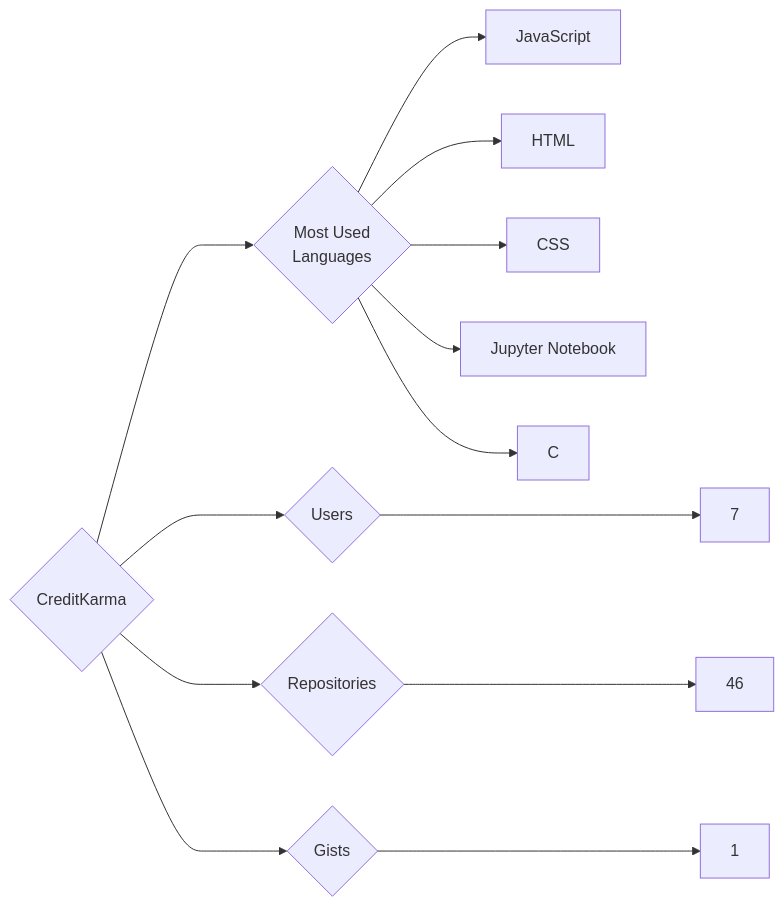
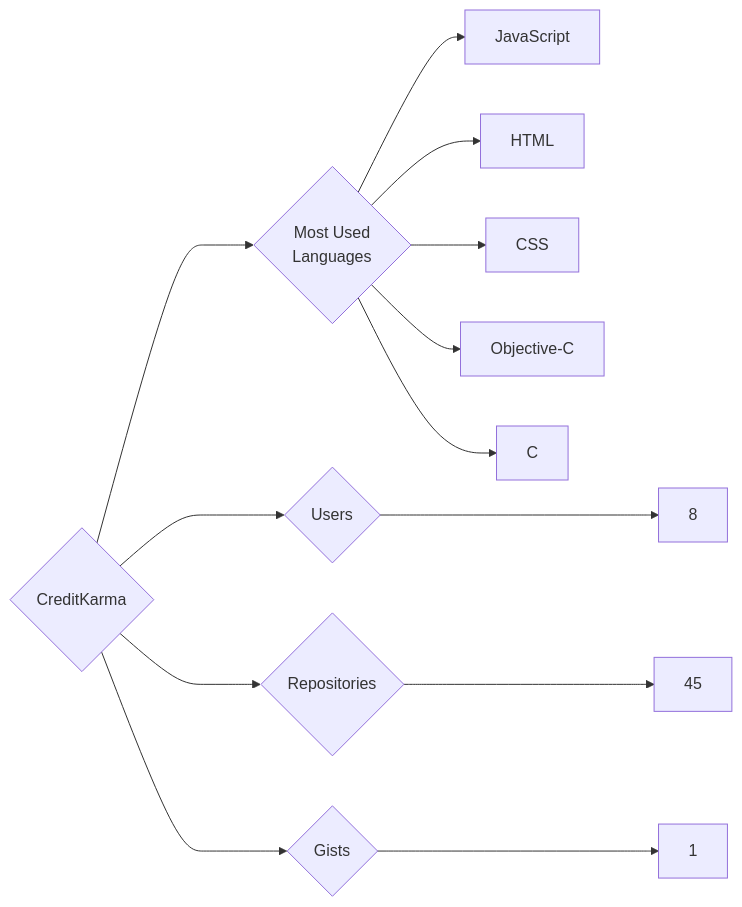
The diagram in targets/CreditKarma/README.md (trickest/insiders), drawn with Mermaid before and after one commit. The commit also changed 1030 other files, not shown here.

````diff
--- a/targets/CreditKarma/README.md
+++ b/targets/CreditKarma/README.md
@@ -3,13 +3,13 @@
 ```mermaid
 graph LR
 COMPANY_NAME{CreditKarma}
-COMPANY_NAME ---> U{Users} ---> UN[7]
-COMPANY_NAME ---> R{Repositories} ---> RN[46]
+COMPANY_NAME ---> U{Users} ---> UN[8]
+COMPANY_NAME ---> R{Repositories} ---> RN[45]
 COMPANY_NAME ---> G{Gists} ---> GN[1]
 COMPANY_NAME ---> ML{Most Used<br>Languages}
 ML --> JavaScript[JavaScript]
 ML --> HTML[HTML]
 ML --> CSS[CSS]
-ML --> Jupyter_Notebook[Jupyter Notebook]
+ML --> Objective-C[Objective-C]
 ML --> C[C]
 ```
````
